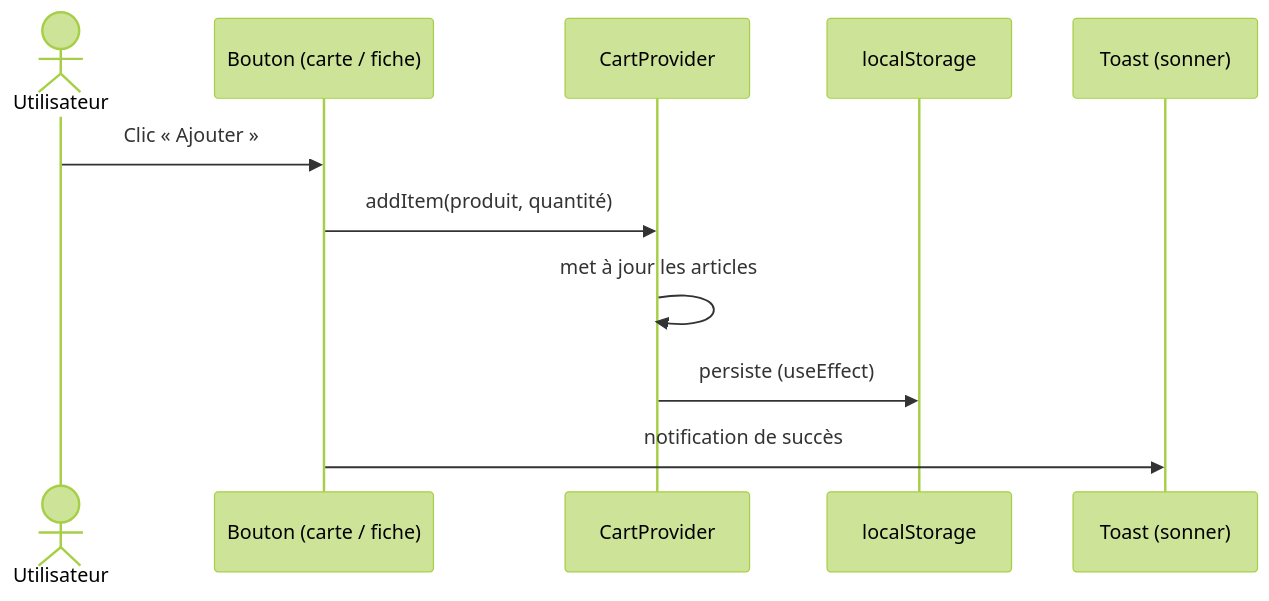
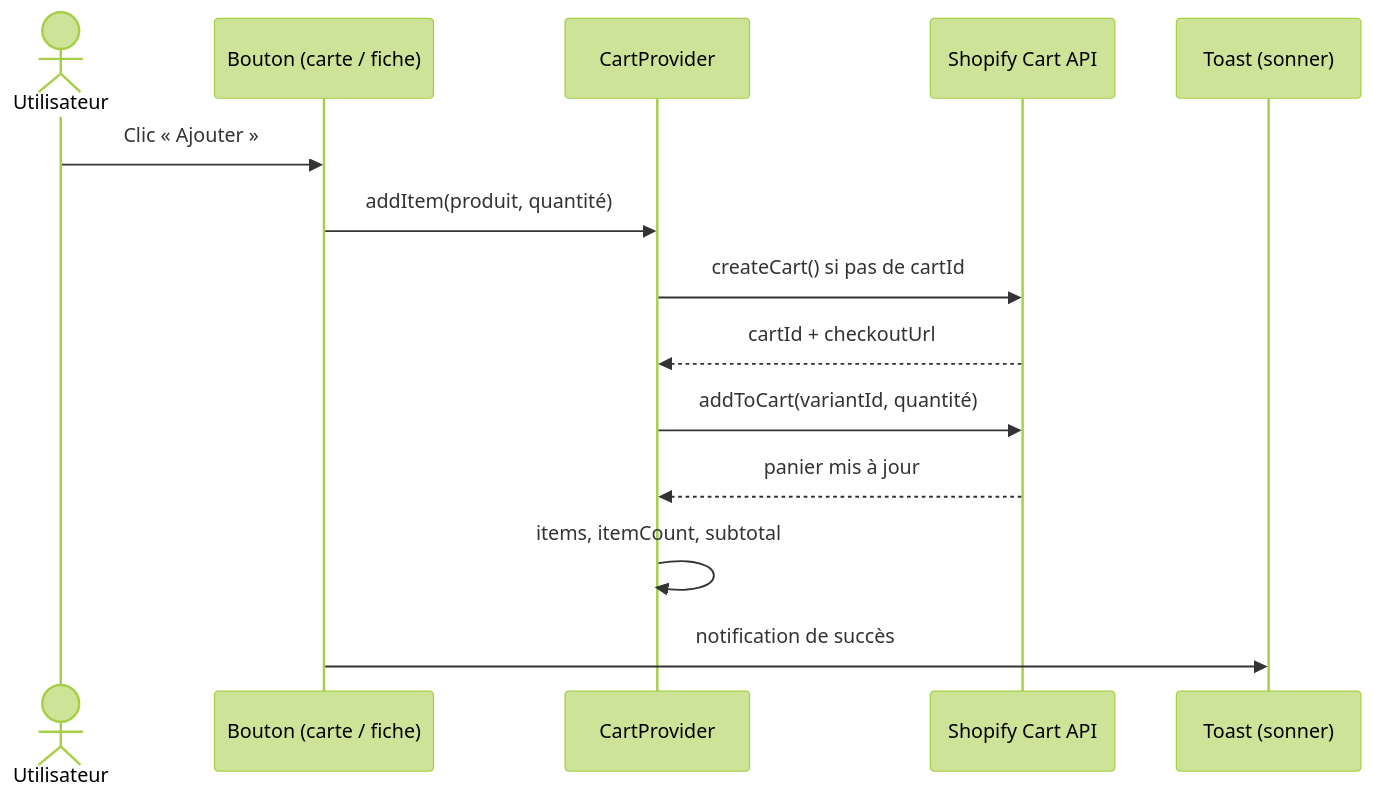
One commit to alice-444/Workshop_3 changed the second of 2 diagrams in docs/fonctionnalités.md. Above: the diagram before and after it, drawn with Mermaid (forest theme). The commit also changed other lines of this file and 1 other file, not shown here.

Commit message:
feat: update architecture and functionality documentation to reflect headless integration with Shopify, detailing product fetching, cart management, and static content handling

````diff
--- a/docs/fonctionnalités.md
+++ b/docs/fonctionnalités.md
@@ -69,14 +78,17 @@
 ```mermaid
 sequenceDiagram
     actor U as Utilisateur
     participant B as Bouton (carte / fiche)
     participant C as CartProvider
-    participant L as localStorage
+    participant S as Shopify Cart API
     participant T as Toast (sonner)
 
     U->>B: Clic « Ajouter »
     B->>C: addItem(produit, quantité)
-    C->>C: met à jour les articles
-    C->>L: persiste (useEffect)
+    C->>S: createCart() si pas de cartId
+    S-->>C: cartId + checkoutUrl
+    C->>S: addToCart(variantId, quantité)
+    S-->>C: panier mis à jour
+    C->>C: items, itemCount, subtotal
     B->>T: notification de succès
 ```
````
